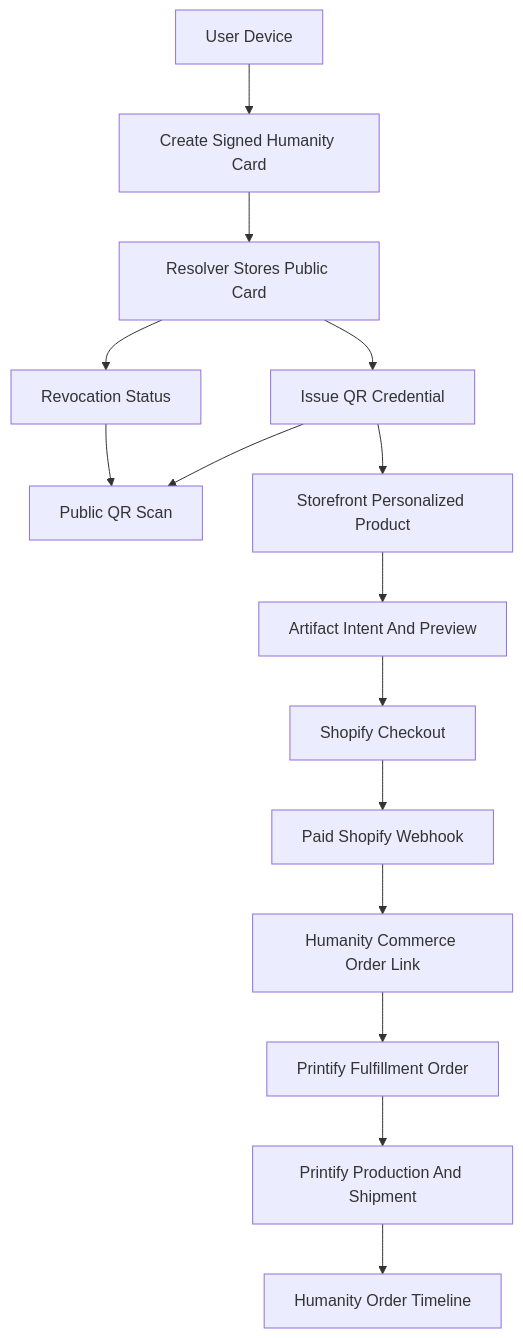
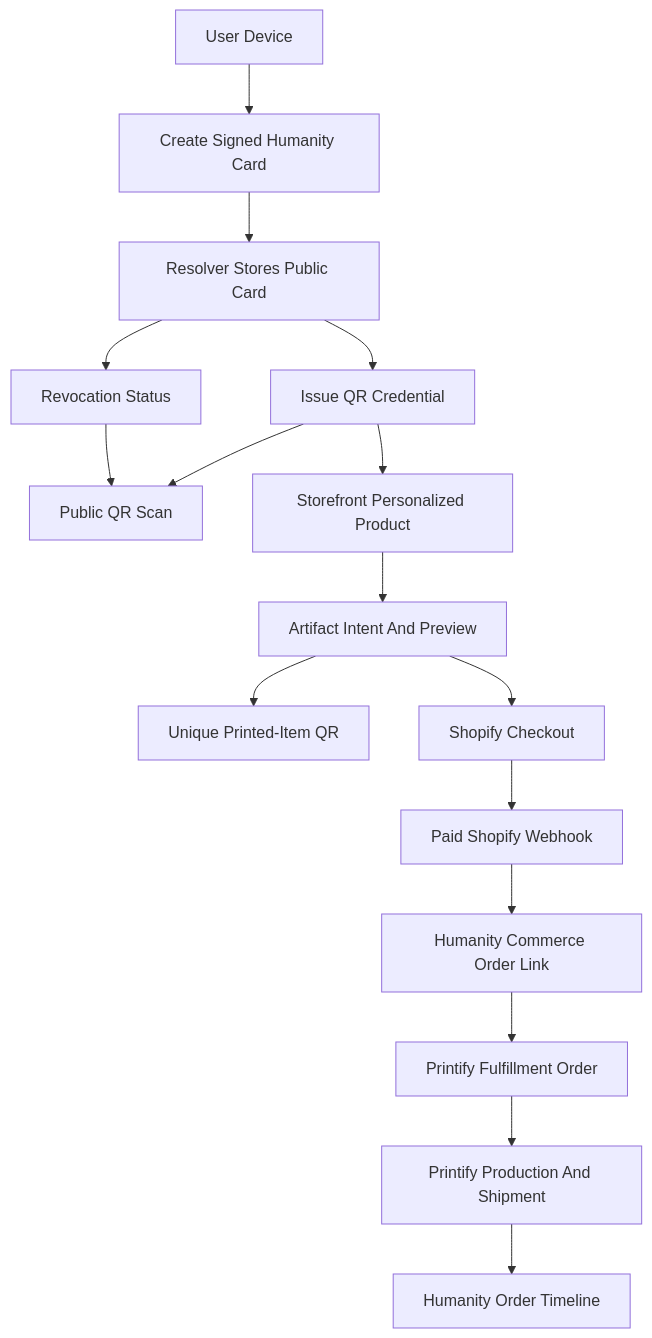
One commit to h6811127/humanity.llc changed the diagram in docs/V1_FLOW_AUDIT.md. Above: the diagram before and after it, drawn with Mermaid. The commit also changed other lines of this file and 51 other files, not shown here.

````diff
--- a/docs/V1_FLOW_AUDIT.md
+++ b/docs/V1_FLOW_AUDIT.md
@@ -10,17 +10,18 @@
 ```mermaid
 flowchart TD
   userDevice["User Device"] --> cardCreate["Create Signed Humanity Card"]
   cardCreate --> resolver["Resolver Stores Public Card"]
   resolver --> qrCredential["Issue QR Credential"]
   qrCredential --> publicScan["Public QR Scan"]
   qrCredential --> storefront["Storefront Personalized Product"]
   storefront --> artifactIntent["Artifact Intent And Preview"]
+  artifactIntent --> itemQR["Unique Printed-Item QR"]
   artifactIntent --> shopifyCheckout["Shopify Checkout"]
   shopifyCheckout --> paidWebhook["Paid Shopify Webhook"]
   paidWebhook --> commerceLink["Humanity Commerce Order Link"]
   commerceLink --> printOrder["Printify Fulfillment Order"]
   printOrder --> printify["Printify Production And Shipment"]
   printify --> orderTimeline["Humanity Order Timeline"]
   resolver --> revocation["Revocation Status"]
   revocation --> publicScan
 ```
````
